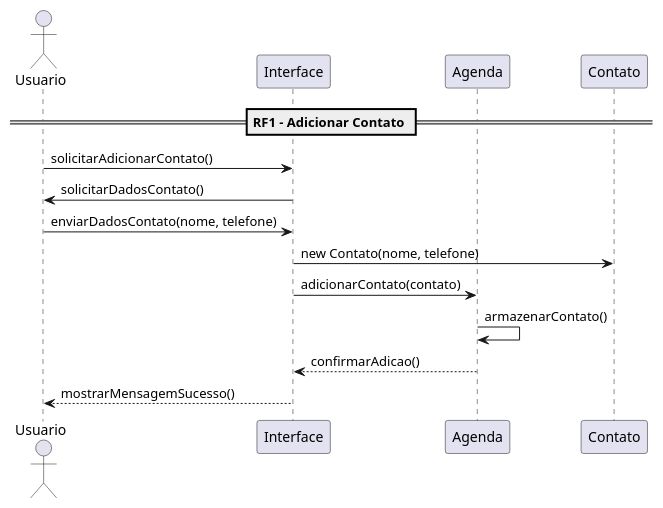
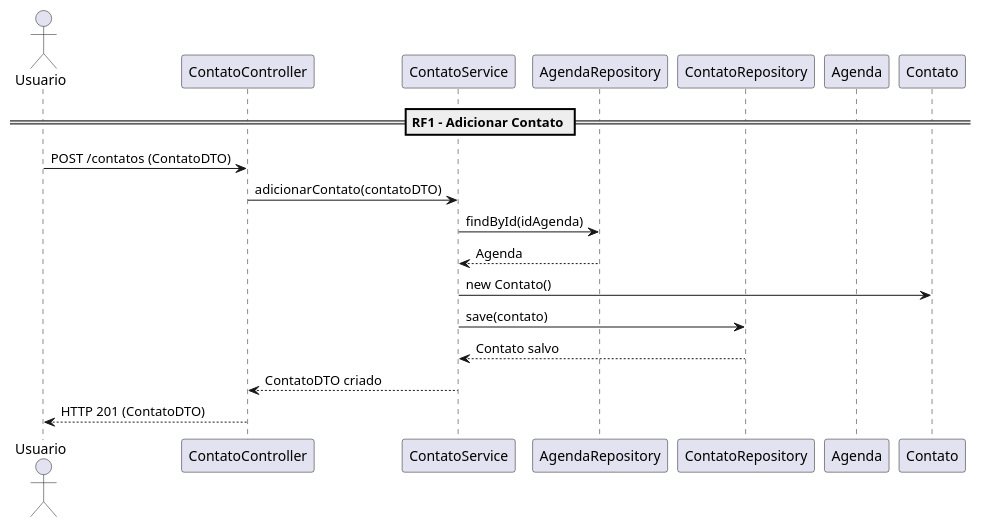
One commit to rafaelontour/agenda_es changed the first of 7 diagrams in diagrama.puml. Above: the diagram before and after it, drawn with PlantUML. The commit also changed other lines of this file and 4 other files, not shown here.

```diff
--- a/diagrama.puml
+++ b/diagrama.puml
@@ -1,19 +4,20 @@
 @startuml
-' =======================================================
-' RF1 – Adicionar Contato
-' =======================================================
 actor Usuario
-participant "Interface" as UI
+participant "ContatoController" as CC
+participant "ContatoService" as CS
+participant "AgendaRepository" as AR
+participant "ContatoRepository" as CR
 participant "Agenda" as Agenda
 participant "Contato" as Contato
 
-== RF1 - Adicionar Contato ==
-Usuario -> UI : solicitarAdicionarContato()
-UI -> Usuario : solicitarDadosContato()
-Usuario -> UI : enviarDadosContato(nome, telefone)
-UI -> Contato : new Contato(nome, telefone)
-UI -> Agenda : adicionarContato(contato)
-Agenda -> Agenda : armazenarContato()
-Agenda --> UI : confirmarAdicao()
-UI --> Usuario : mostrarMensagemSucesso()
+== RF1 – Adicionar Contato ==
+Usuario -> CC : POST /contatos (ContatoDTO)
+CC -> CS : adicionarContato(contatoDTO)
+CS -> AR : findById(idAgenda)
+AR --> CS : Agenda
+CS -> Contato : new Contato()
+CS -> CR : save(contato)
+CR --> CS : Contato salvo
+CS --> CC : ContatoDTO criado
+CC --> Usuario : HTTP 201 (ContatoDTO)
 @enduml
```
